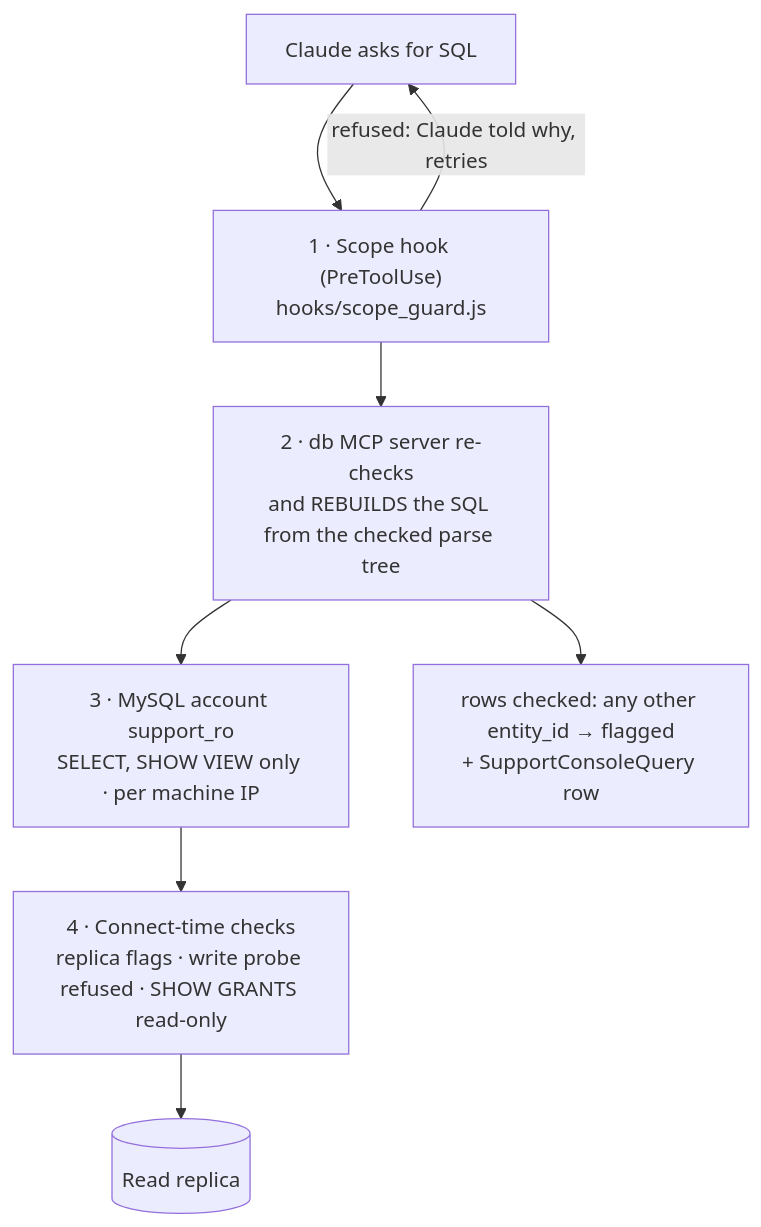
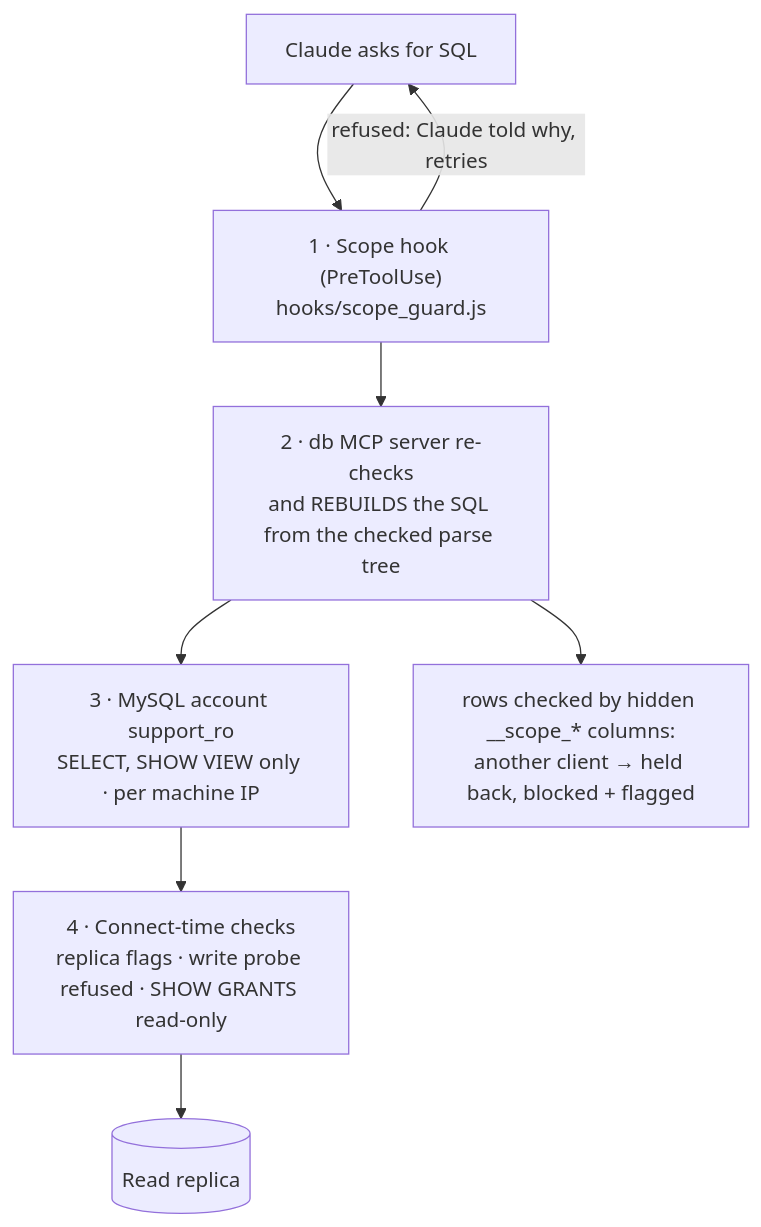
One commit to sampadadiwan/IRM_CompanyMain changed the fourth of 5 diagrams in docs/modules/ai/support_console/technical_guide.md. Above: the diagram before and after it, drawn with Mermaid. The commit also changed other lines of this file and 34 other files, not shown here.

First line of the commit message:
Support Console: keep Claude's SQL inside one client; working Start/Stop; 15-minute idle stop (#1846)

````diff
--- a/docs/modules/ai/support_console/technical_guide.md
+++ b/docs/modules/ai/support_console/technical_guide.md
@@ -253,10 +253,10 @@
 ```mermaid
 flowchart TB
     A["Claude asks for SQL"] --> B["1 · Scope hook (PreToolUse)<br/>hooks/scope_guard.js"]
     B -- refused: Claude told why, retries --> A
     B --> C["2 · db MCP server re-checks<br/>and REBUILDS the SQL from the checked parse tree"]
     C --> D["3 · MySQL account support_ro<br/>SELECT, SHOW VIEW only · per machine IP"]
     D --> E["4 · Connect-time checks<br/>replica flags · write probe refused · SHOW GRANTS read-only"]
     E --> F[("Read replica")]
-    C --> G["rows checked: any other entity_id → flagged<br/>+ SupportConsoleQuery row"]
+    C --> G["rows checked by hidden __scope_* columns:<br/>another client → held back, blocked + flagged"]
 ```
````
